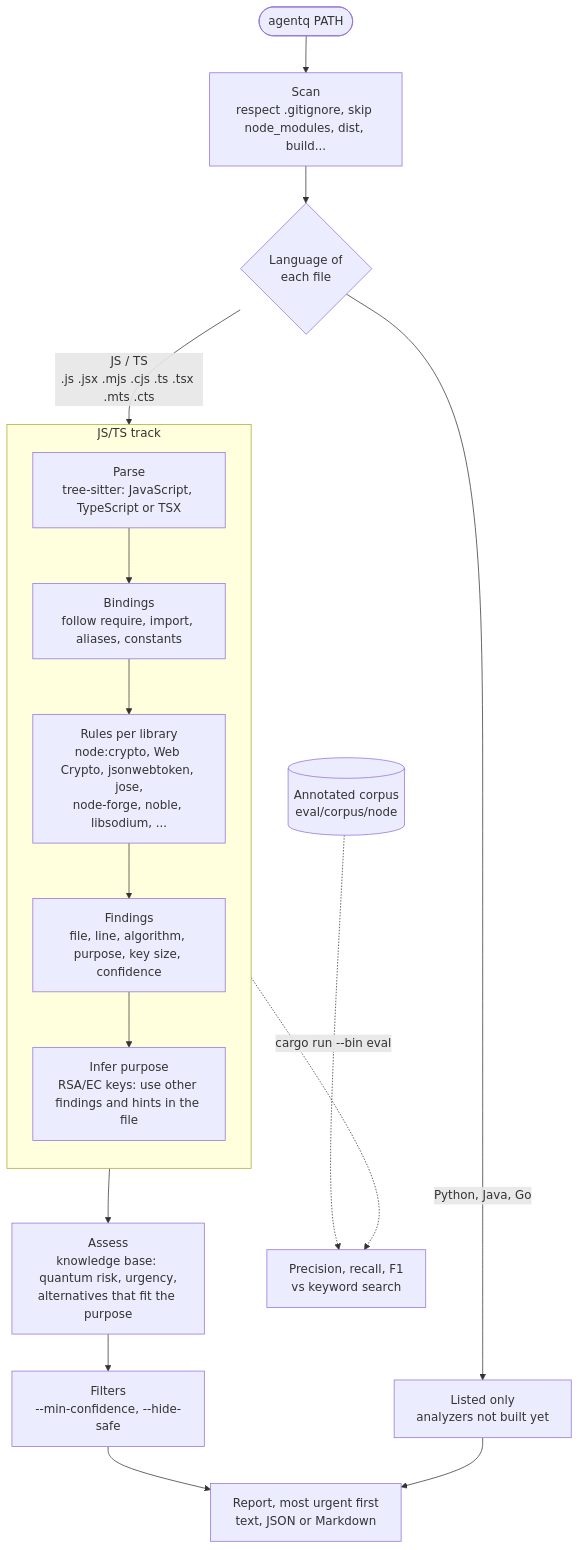
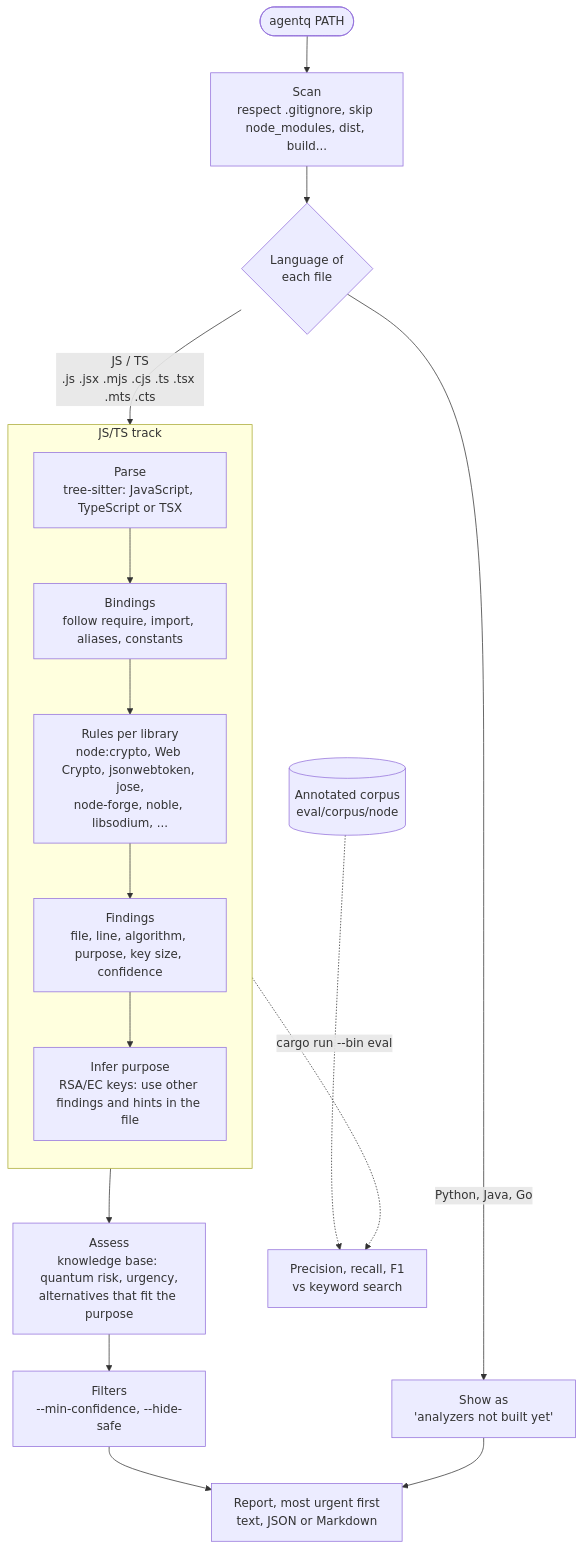
The diagram in README.md (Edgarcsr/agentq), drawn with Mermaid before and after one commit. The commit also changed other lines of this file, not shown here.

````diff
--- a/README.md
+++ b/README.md
@@ -67,24 +37,24 @@
 ```mermaid
 flowchart TD
     start(["agentq PATH"]) --> scan["Scan<br/>respect .gitignore, skip node_modules, dist, build..."]
     scan --> route{"Language of<br/>each file"}
 
     route -->|"JS / TS<br/>.js .jsx .mjs .cjs .ts .tsx .mts .cts"| parse
-    route -->|"Python, Java, Go"| pending["Listed only<br/>analyzers not built yet"]
+    route -->|"Python, Java, Go"| pending["Show as <br/>'analyzers not built yet'"]
 
     subgraph jstrack ["JS/TS track"]
         direction TB
         parse["Parse<br/>tree-sitter: JavaScript, TypeScript or TSX"] --> bind["Bindings<br/>follow require, import, aliases, constants"]
         bind --> rules["Rules per library<br/>node:crypto, Web Crypto, jsonwebtoken, jose,<br/>node-forge, noble, libsodium, ..."]
         rules --> raw["Findings<br/>file, line, algorithm, purpose, key size, confidence"]
         raw --> infer["Infer purpose<br/>RSA/EC keys: use other findings and hints in the file"]
     end
 
     infer --> assess["Assess<br/>knowledge base: quantum risk, urgency,<br/>alternatives that fit the purpose"]
     assess --> filter["Filters<br/>--min-confidence, --hide-safe"]
     filter --> report["Report, most urgent first<br/>text, JSON or Markdown"]
     pending --> report
 
     corpus[("Annotated corpus<br/>eval/corpus/node")] -.->|"cargo run --bin eval"| metrics["Precision, recall, F1<br/>vs keyword search"]
     infer -.-> metrics
 ```
````
